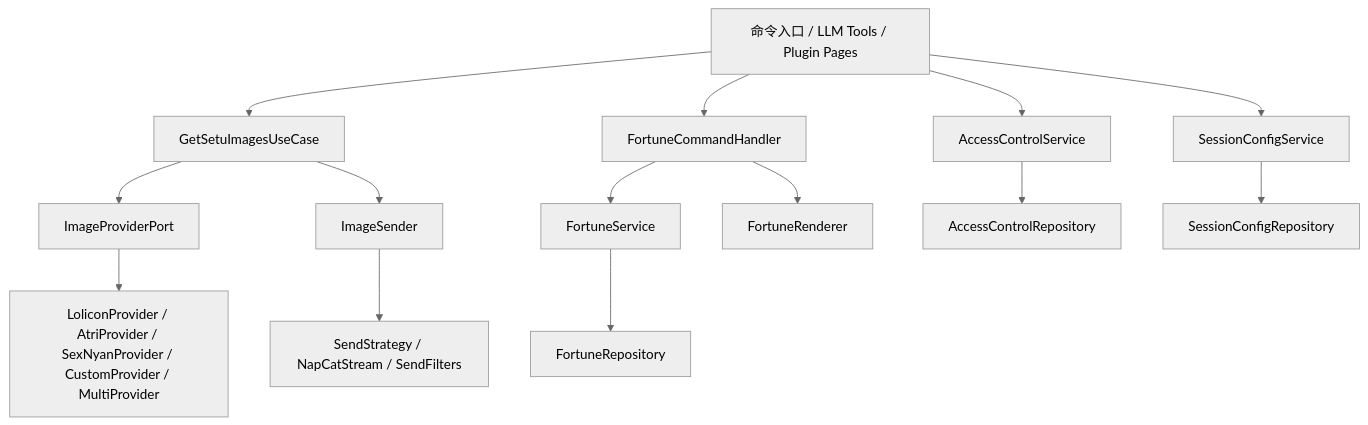
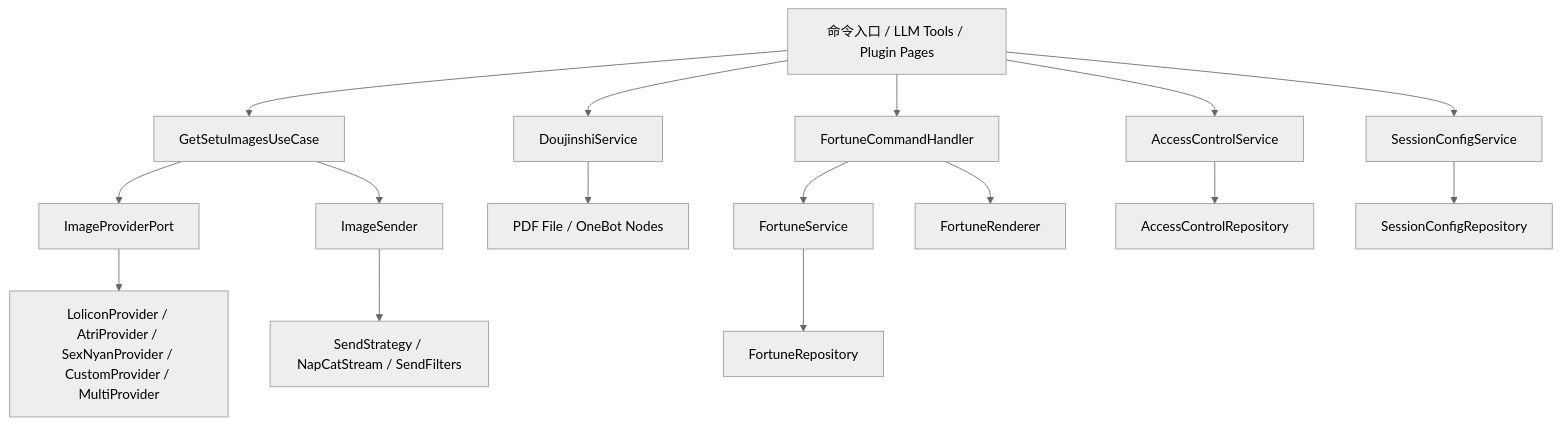
The diagram in docs/project/architecture.md (FlanChanXwO/astrbot_plugin_setu), drawn with Mermaid (neutral theme) before and after one commit. The commit also changed other lines of this file and 33 other files, not shown here.

Commit message:
feat: add doujinshi PDF delivery and recoverable revocation

````diff
--- a/docs/project/architecture.md
+++ b/docs/project/architecture.md
@@ -68,20 +80,22 @@
 ```mermaid
 flowchart TD
   A["命令入口 / LLM Tools / Plugin Pages"] --> B["GetSetuImagesUseCase"]
   A --> C["FortuneCommandHandler"]
   A --> D["AccessControlService"]
   A --> E["SessionConfigService"]
+  A --> O["DoujinshiService"]
 
   B --> F["ImageProviderPort"]
   F --> G["LoliconProvider / AtriProvider / SexNyanProvider / CustomProvider / MultiProvider"]
   B --> H["ImageSender"]
   H --> I["SendStrategy / NapCatStream / SendFilters"]
+  O --> P["PDF File / OneBot Nodes"]
 
   C --> J["FortuneService"]
   J --> K["FortuneRepository"]
   C --> L["FortuneRenderer"]
 
   D --> M["AccessControlRepository"]
 
   E --> N["SessionConfigRepository"]
 ```
````
